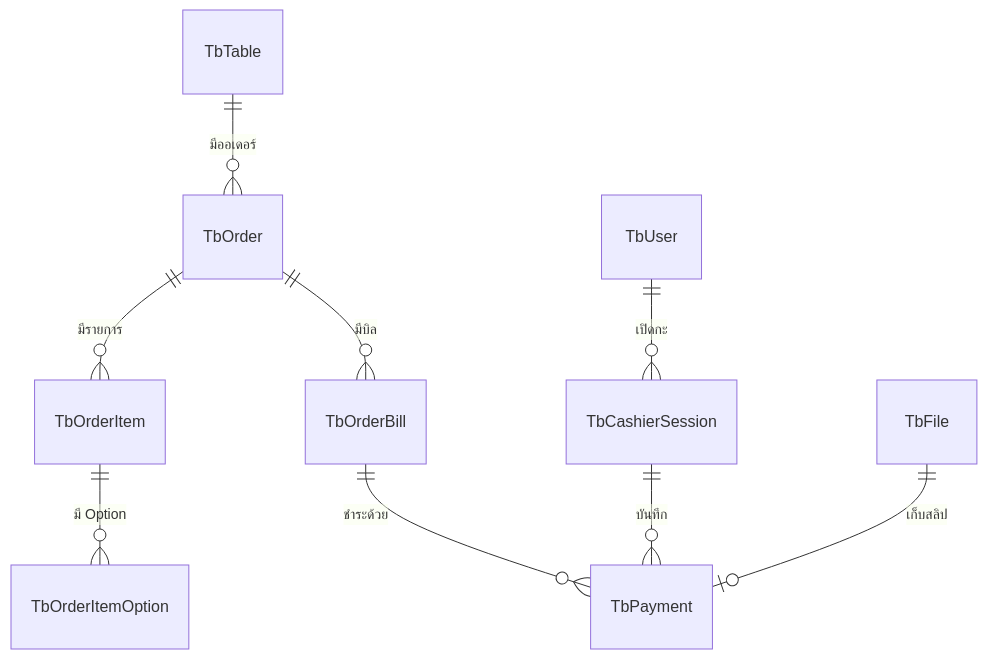
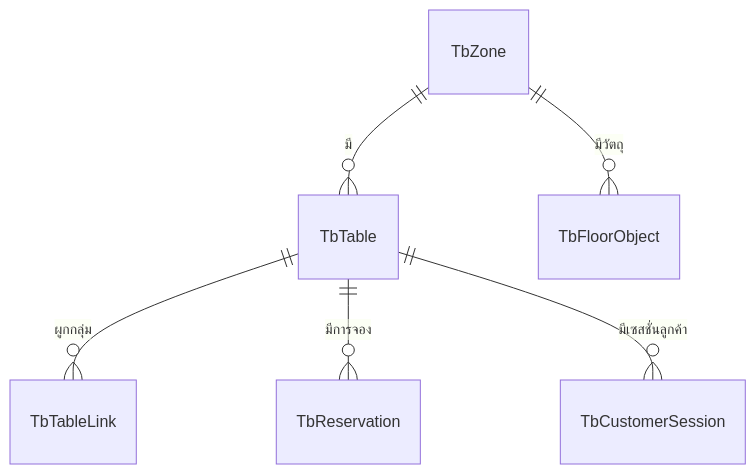
One commit to TurkPhakim/RBMS-POS-Website changed diagram 18 of 20 in doc/report/05-chapter-3-design.md. Above: the diagram before and after it, drawn with Mermaid. The commit also changed other lines of this file and 18 other files, not shown here.

````diff
--- a/doc/report/05-chapter-3-design.md
+++ b/doc/report/05-chapter-3-design.md
@@ -684,11 +764,8 @@
 ```mermaid
 erDiagram
-    TbOrder ||--o{ TbOrderItem : "มีรายการ"
-    TbOrderItem ||--o{ TbOrderItemOption : "มี Option"
-    TbOrder ||--o{ TbOrderBill : "มีบิล"
-    TbOrderBill ||--o{ TbPayment : "ชำระด้วย"
-    TbCashierSession ||--o{ TbPayment : "บันทึก"
-    TbUser ||--o{ TbCashierSession : "เปิดกะ"
-    TbTable ||--o{ TbOrder : "มีออเดอร์"
-    TbFile ||--o| TbPayment : "เก็บสลิป"
+    TbZone ||--o{ TbTable : "มี"
+    TbZone ||--o{ TbFloorObject : "มีวัตถุ"
+    TbTable ||--o{ TbTableLink : "ผูกกลุ่ม"
+    TbTable ||--o{ TbReservation : "มีการจอง"
+    TbTable ||--o{ TbCustomerSession : "มีเซสชั่นลูกค้า"
 ```
````
